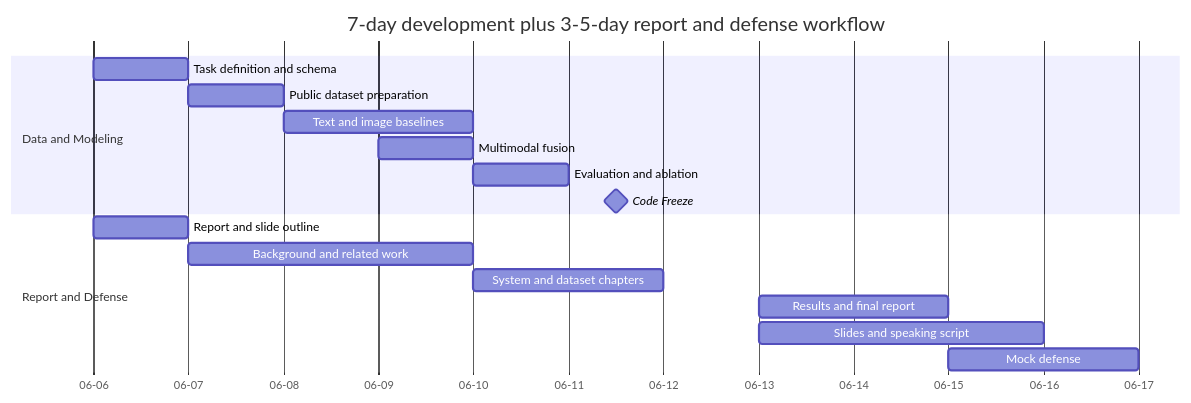
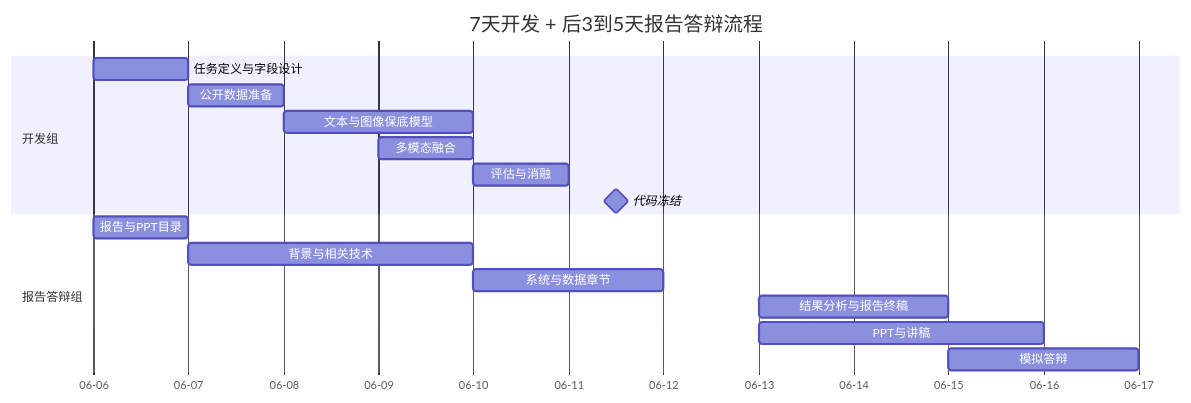
The diagram in document/项目入手指南.md (LiaoYK001/NetContSecurity-Project-LHCGC-2026), drawn with Mermaid before and after one commit. The commit also changed other lines of this file and 5 other files, not shown here.

````diff
--- a/document/项目入手指南.md
+++ b/document/项目入手指南.md
@@ -218,22 +446,22 @@
 ```mermaid
 gantt
-    title 7-day development plus 3-5-day report and defense workflow
+    title 7天开发 + 后3到5天报告答辩流程
     dateFormat  YYYY-MM-DD
     axisFormat  %m-%d
 
-    section Data and Modeling
-    Task definition and schema      :a1, 2026-06-06, 1d
-    Public dataset preparation      :a2, 2026-06-07, 1d
-    Text and image baselines        :a3, 2026-06-08, 2d
-    Multimodal fusion               :a4, 2026-06-09, 1d
-    Evaluation and ablation         :a5, 2026-06-10, 1d
-    Code Freeze                     :milestone, a6, 2026-06-11, 1d
+    section 开发组
+    任务定义与字段设计      :a1, 2026-06-06, 1d
+    公开数据准备            :a2, 2026-06-07, 1d
+    文本与图像保底模型      :a3, 2026-06-08, 2d
+    多模态融合              :a4, 2026-06-09, 1d
+    评估与消融              :a5, 2026-06-10, 1d
+    代码冻结                :milestone, a6, 2026-06-11, 1d
 
-    section Report and Defense
-    Report and slide outline        :b1, 2026-06-06, 1d
-    Background and related work     :b2, 2026-06-07, 3d
-    System and dataset chapters     :b3, 2026-06-10, 2d
-    Results and final report        :b4, 2026-06-13, 2d
-    Slides and speaking script      :b5, 2026-06-13, 3d
-    Mock defense                    :b6, 2026-06-15, 2d
+    section 报告答辩组
+    报告与PPT目录           :b1, 2026-06-06, 1d
+    背景与相关技术          :b2, 2026-06-07, 3d
+    系统与数据章节          :b3, 2026-06-10, 2d
+    结果分析与报告终稿      :b4, 2026-06-13, 2d
+    PPT与讲稿               :b5, 2026-06-13, 3d
+    模拟答辩                :b6, 2026-06-15, 2d
 ```
````
